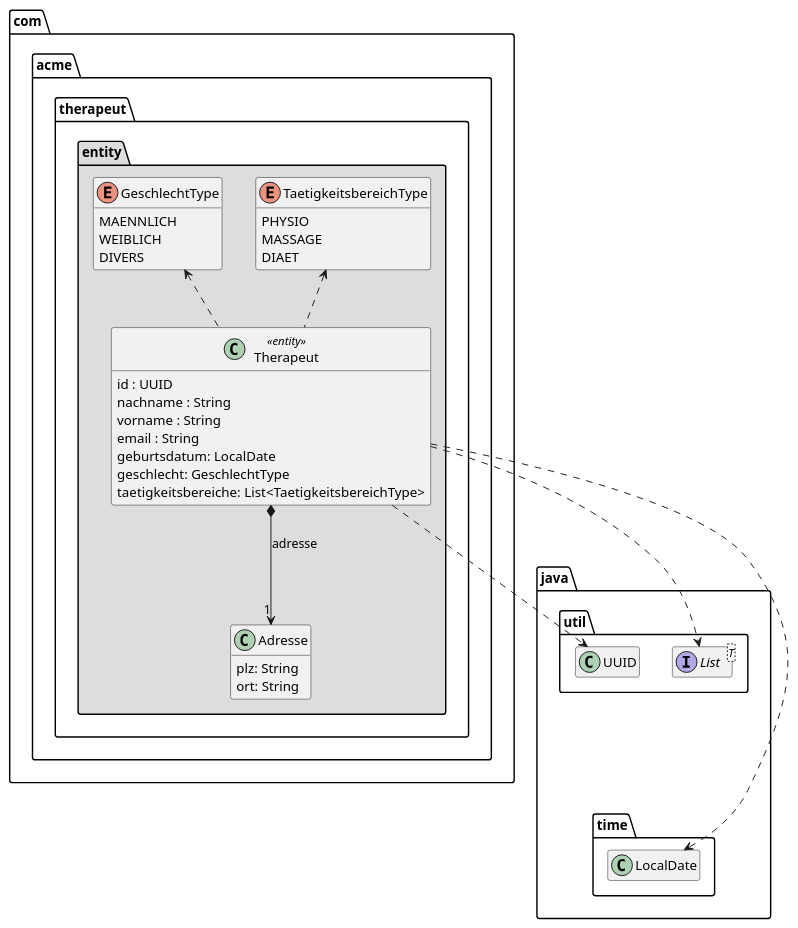
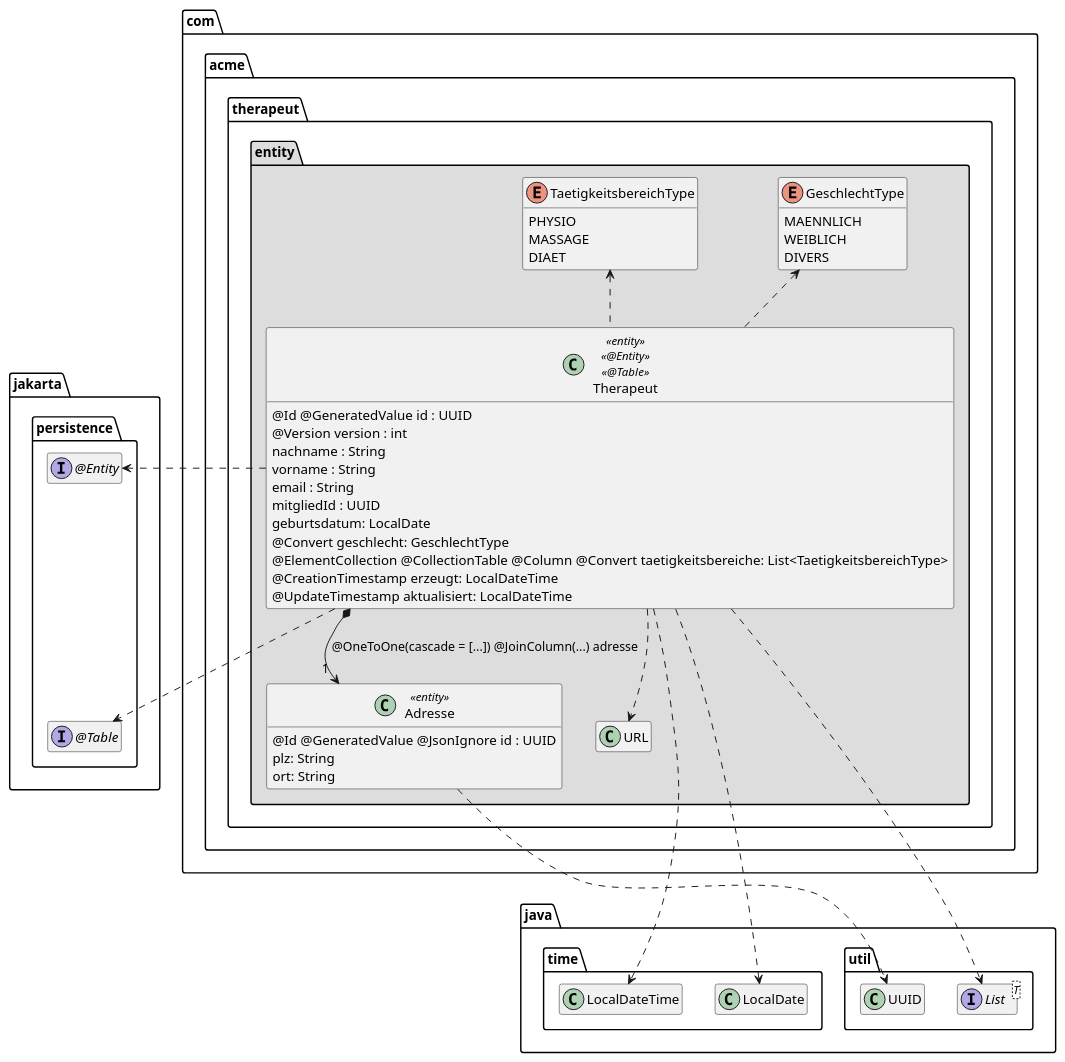
Before and after one commit to vatitin/therapeut: the diagram in extras/doc/Therapeut.plantuml, drawn with PlantUML. The commit also changed 37 other files, not shown here.

```diff
--- a/extras/doc/Therapeut.plantuml
+++ b/extras/doc/Therapeut.plantuml
@@ -1,61 +1,80 @@
 @startuml Therapeut
 
 skinparam classAttributeIconSize 0
-' skinparam monochrome true
 
 package java {
     package util {
         class UUID
         interface List<T>
     }
 
     package time {
         class LocalDate
+        class LocalDateTime
     }
 
-    UUID .[hidden].> LocalDate
+    LocalDate .right[hidden].> LocalDateTime
 }
 
-package com.acme.therapeut.entity #DDDDDD {
+package jakarta.persistence {
+    interface "@Entity" as Entity
+    interface "@Table" as Table
 
-    class Adresse {
-        plz: String
-        ort: String
-    }
+    Entity -[hidden]down-> Table
+    LocalDateTime .up[hidden].> Table
+}
 
-    enum GeschlechtType {
-        MAENNLICH
-        WEIBLICH
-        DIVERS
-    }
+package com.acme.therapeut {
+    package entity #DDDDDD {
+        class Adresse << entity >> {
+            @Id @GeneratedValue @JsonIgnore id : UUID
+            plz: String
+            ort: String
+        }
+        Adresse ..> UUID
 
+        enum GeschlechtType {
+            MAENNLICH
+            WEIBLICH
+            DIVERS
+        }
 
-    enum TaetigkeitsbereichType {
+        enum TaetigkeitsbereichType {
         PHYSIO
         MASSAGE
         DIAET
+        }
+
+        class Therapeut << entity >>  << @Entity >>  << @Table >> {
+            @Id @GeneratedValue id : UUID
+            @Version version : int
+            nachname : String
+            vorname : String
+            email : String
+            mitgliedId : UUID
+            geburtsdatum: LocalDate
+            @Convert geschlecht: GeschlechtType
+            @ElementCollection @CollectionTable @Column @Convert taetigkeitsbereiche: List<TaetigkeitsbereichType>
+            @CreationTimestamp erzeugt: LocalDateTime
+            @UpdateTimestamp aktualisiert: LocalDateTime
+        }
+
+        Therapeut *--> "1" Adresse :  @OneToOne(cascade = [...]) @JoinColumn(...) adresse
+
+        Therapeut .up.> GeschlechtType
+        Therapeut .up.> TaetigkeitsbereichType
+
+        Therapeut ..> URL
+        Therapeut ..> LocalDate
+        Therapeut ..> LocalDateTime
+        Therapeut .right.> List
+        Therapeut .right.> Entity
+        Therapeut .right.> Table
+
+        GeschlechtType .[hidden].> List
     }
-
-    class Therapeut << entity >> {
-        id : UUID
-        nachname : String
-        vorname : String
-        email : String
-        geburtsdatum: LocalDate
-        geschlecht: GeschlechtType
-        taetigkeitsbereiche: List<TaetigkeitsbereichType>
-    }
-
-    Therapeut *--> "1" Adresse : adresse
-    Therapeut .up.> GeschlechtType
-    Therapeut .up.> TaetigkeitsbereichType
-
-    Therapeut ..> UUID
-    Therapeut ..> LocalDate
-    Therapeut ..> List
-
 }
 
 hide empty members
 
 @enduml
```
